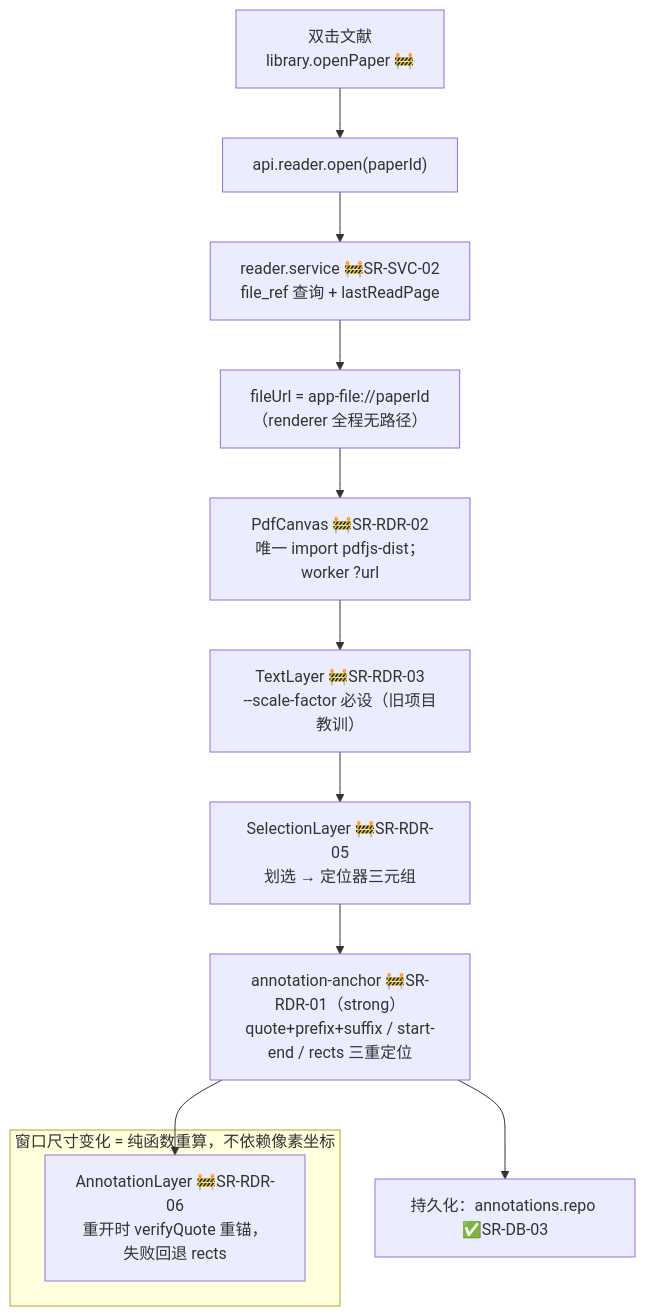
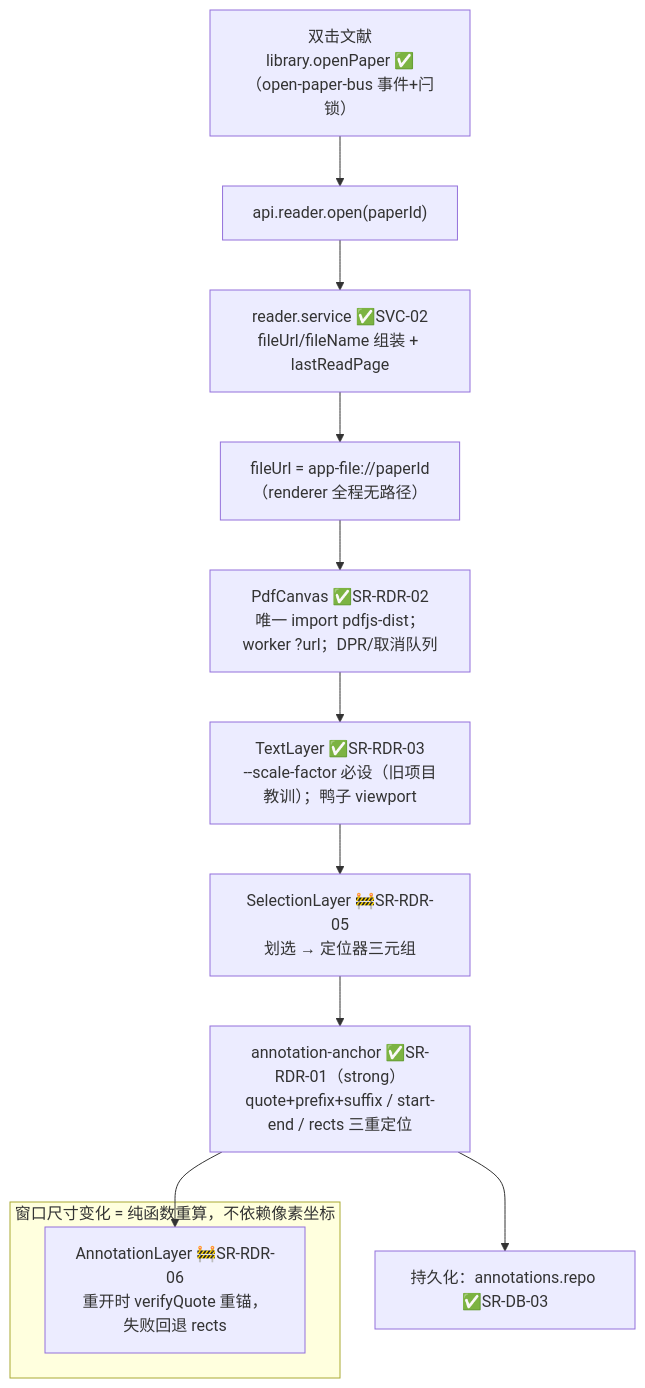
One commit to yyx20040712/Synapse changed the fourth of 8 diagrams in docs/architecture.md. Above: the diagram before and after it, drawn with Mermaid. The commit also changed other lines of this file and 1 other file, not shown here.

Commit message:
docs: Phase 3 收官——ROADMAP 勾选与基线快照（done 43 / e2e 5 绿）+ architecture §7 图纸状态更新

````diff
--- a/docs/architecture.md
+++ b/docs/architecture.md
@@ -161,15 +161,15 @@
 ```mermaid
 flowchart TB
-  A["双击文献<br/>library.openPaper 🚧"] --> B["api.reader.open(paperId)"]
-  B --> C["reader.service 🚧SR-SVC-02<br/>file_ref 查询 + lastReadPage"]
+  A["双击文献<br/>library.openPaper ✅（open-paper-bus 事件+闩锁）"] --> B["api.reader.open(paperId)"]
+  B --> C["reader.service ✅SVC-02<br/>fileUrl/fileName 组装 + lastReadPage"]
   C --> D["fileUrl = app-file://paperId<br/>（renderer 全程无路径）"]
-  D --> E["PdfCanvas 🚧SR-RDR-02<br/>唯一 import pdfjs-dist；worker ?url"]
-  E --> F["TextLayer 🚧SR-RDR-03<br/>--scale-factor 必设（旧项目教训）"]
+  D --> E["PdfCanvas ✅SR-RDR-02<br/>唯一 import pdfjs-dist；worker ?url；DPR/取消队列"]
+  E --> F["TextLayer ✅SR-RDR-03<br/>--scale-factor 必设（旧项目教训）；鸭子 viewport"]
   F --> G["SelectionLayer 🚧SR-RDR-05<br/>划选 → 定位器三元组"]
-  G --> H["annotation-anchor 🚧SR-RDR-01（strong）<br/>quote+prefix+suffix / start-end / rects 三重定位"]
+  G --> H["annotation-anchor ✅SR-RDR-01（strong）<br/>quote+prefix+suffix / start-end / rects 三重定位"]
   H --> I["AnnotationLayer 🚧SR-RDR-06<br/>重开时 verifyQuote 重锚，失败回退 rects"]
   H --> J["持久化：annotations.repo ✅SR-DB-03"]
   subgraph NOTE["窗口尺寸变化 = 纯函数重算，不依赖像素坐标"]
     I
   end
 ```
````
